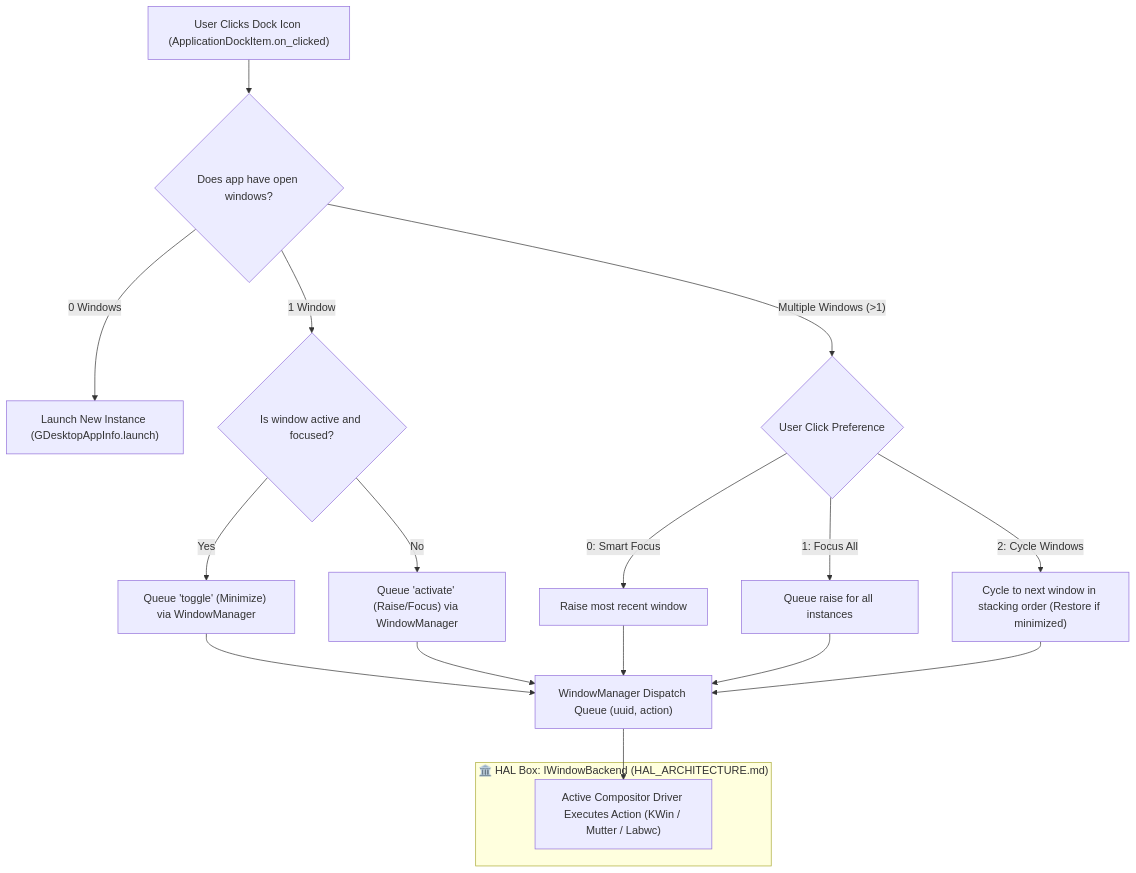
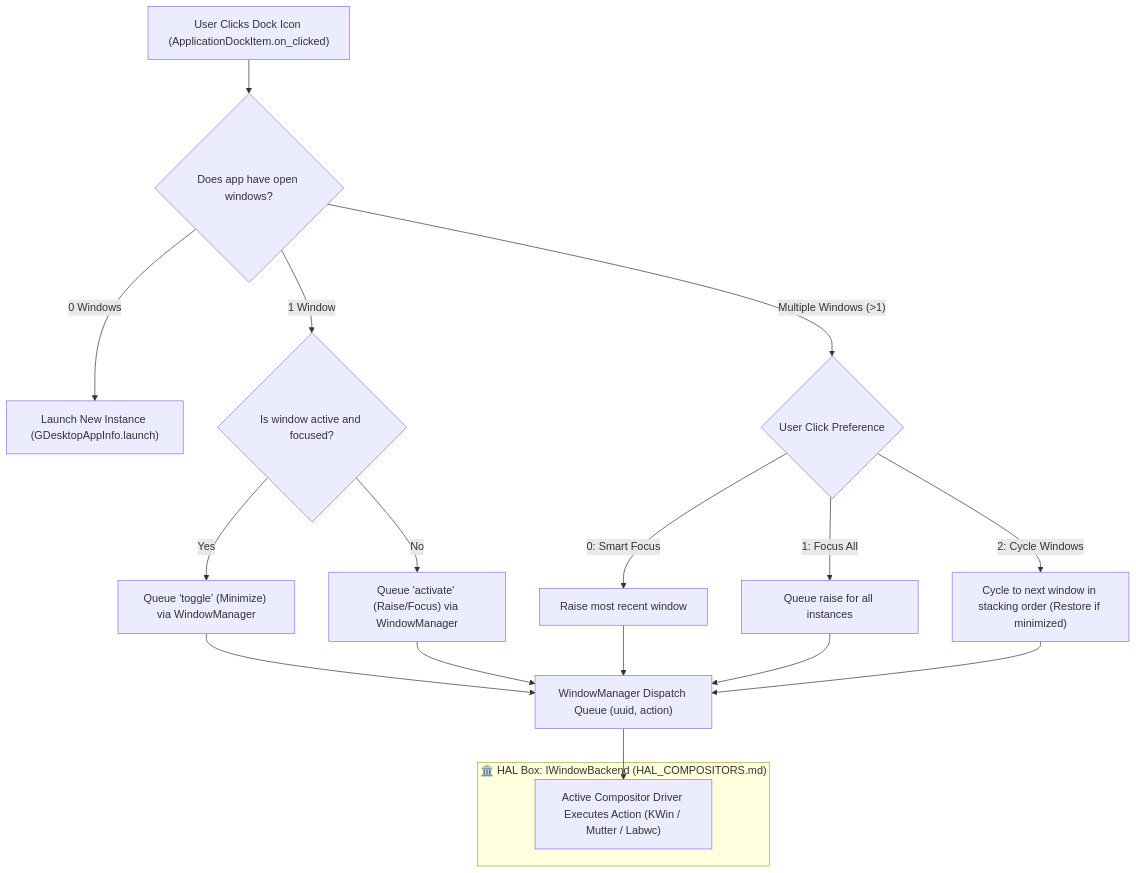
Before and after one commit to sergiomelas/WayPlank: the third of 3 diagrams in Documentation/wayplank_x11_to_wayland_report_en.md, drawn with Mermaid. The commit also changed other lines of this file and 76 other files, not shown here.

````diff
--- a/Documentation/wayplank_x11_to_wayland_report_en.md
+++ b/Documentation/wayplank_x11_to_wayland_report_en.md
@@ -136,26 +136,26 @@
 ```mermaid
 flowchart TD
     Click["User Clicks Dock Icon (ApplicationDockItem.on_clicked)"] --> CheckOpen{"Does app have open windows?"}
     CheckOpen -- "0 Windows" --> Launch["Launch New Instance (GDesktopAppInfo.launch)"]
     CheckOpen -- "1 Window" --> CheckActive{"Is window active and focused?"}
 
     CheckActive -- "Yes" --> MinAction["Queue 'toggle' (Minimize) via WindowManager"]
     CheckActive -- "No" --> ActAction["Queue 'activate' (Raise/Focus) via WindowManager"]
 
     CheckOpen -- "Multiple Windows (>1)" --> ClickPref{"User Click Preference"}
     ClickPref -- "0: Smart Focus" --> TopMost["Raise most recent window"]
     ClickPref -- "1: Focus All" --> RaiseAll["Queue raise for all instances"]
     ClickPref -- "2: Cycle Windows" --> Cycle["Cycle to next window in stacking order (Restore if minimized)"]
 
     MinAction --> Dispatch["WindowManager Dispatch Queue (uuid, action)"]
     ActAction --> Dispatch
     TopMost --> Dispatch
     RaiseAll --> Dispatch
     Cycle --> Dispatch
 
-    subgraph HAL_EXEC ["🏛️ HAL Box: IWindowBackend (HAL_ARCHITECTURE.md)"]
+    subgraph HAL_EXEC ["🏛️ HAL Box: IWindowBackend (HAL_COMPOSITORS.md)"]
         Exec["Active Compositor Driver Executes Action (KWin / Mutter / Labwc)"]
     end
 
     Dispatch --> Exec
 ```
````
